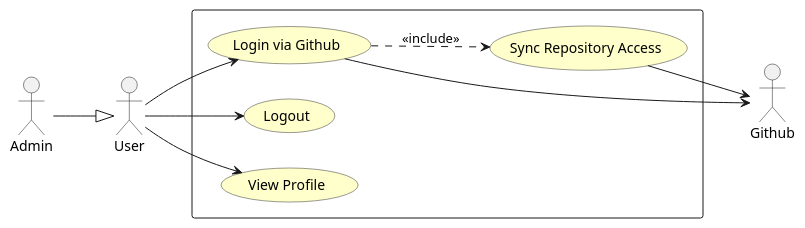
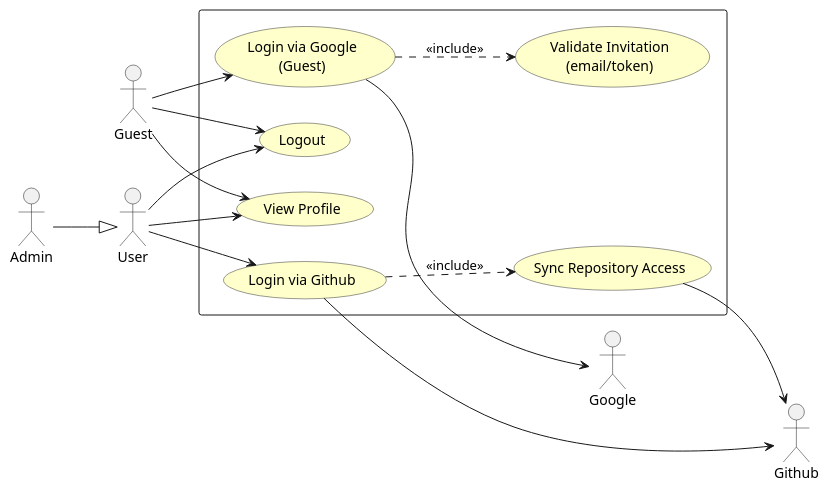
One commit to hung-org-117/build-risk-dashboard changed the diagram in diagrams/uc_01_authentication.puml. Above: the diagram before and after it, drawn with PlantUML. The commit also changed 46 other files, not shown here.

```diff
--- a/diagrams/uc_01_authentication.puml
+++ b/diagrams/uc_01_authentication.puml
@@ -1,34 +1,43 @@
 @startuml
 '===============================================================
 ' UC-01: AUTHENTICATION & AUTHORIZATION
 '===============================================================
 
 skinparam actorStyle stick
 skinparam usecase {
     BorderColor #333333
     BackgroundColor #FFFFCC
 }
 
 left to right direction
 
 actor "User" as User
 actor "Admin" as Admin
 Admin --|> User
+actor "Guest" as Guest
 actor "Github" as Github
+actor "Google" as Google
 
 rectangle {
     usecase "Login via Github" as UC_Login
+    usecase "Login via Google\n(Guest)" as UC_GoogleLogin
+    usecase "Validate Invitation\n(email/token)" as UC_Invitation
     usecase "Logout" as UC_Logout
     usecase "View Profile" as UC_Profile
     usecase "Sync Repository Access" as UC_Sync
 }
 
 User --> UC_Login
 User --> UC_Logout
 User --> UC_Profile
+Guest --> UC_GoogleLogin
+Guest --> UC_Logout
+Guest --> UC_Profile
 
 UC_Login --> Github
 UC_Login ..> UC_Sync : <<include>>
 UC_Sync --> Github
+UC_GoogleLogin --> Google
+UC_GoogleLogin ..> UC_Invitation : <<include>>
 
 @enduml
```
